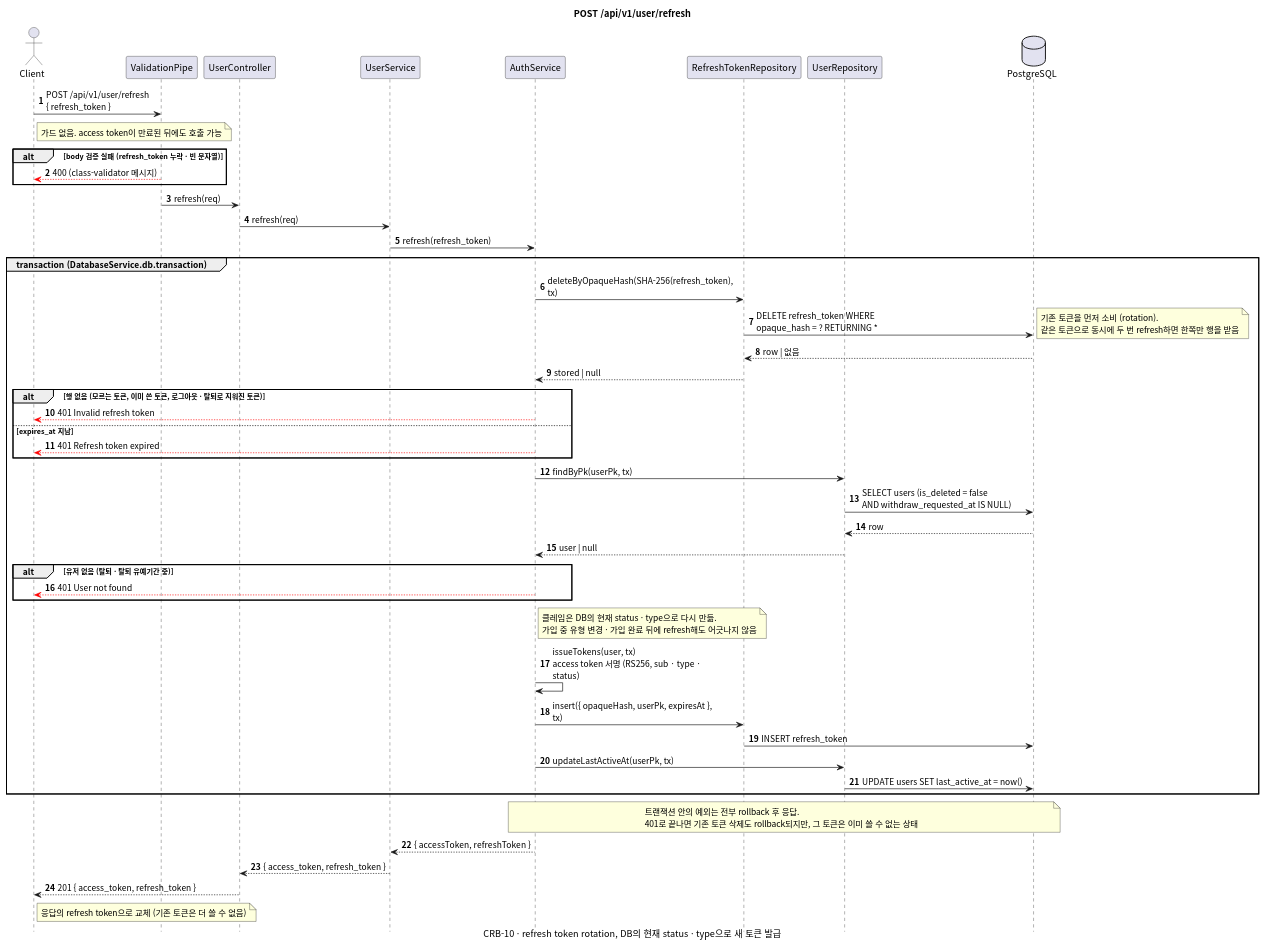
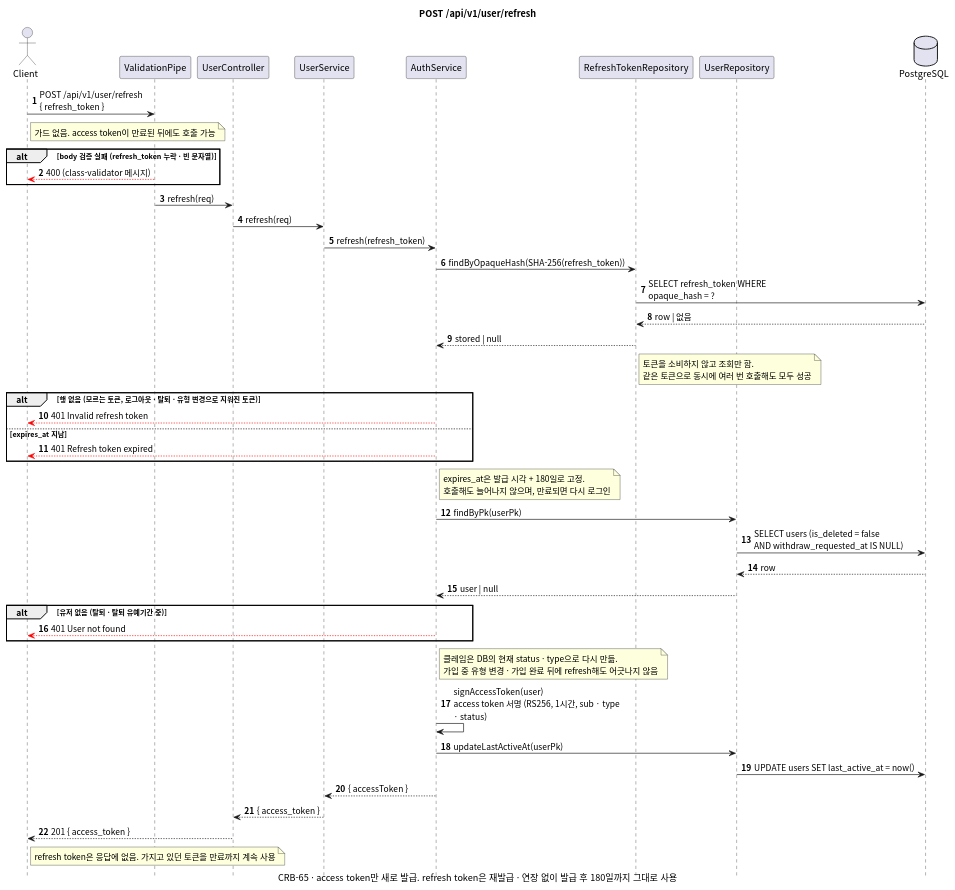
Before and after one commit to gsainfoteam/cheers-be: the diagram in docs/sequence/user/post-refresh.puml, drawn with PlantUML. The commit also changed 11 other files, not shown here.

Commit message:
- feat: keep refresh token fixed for 180 days without rotation (CRB-65)

```diff
--- a/docs/sequence/user/post-refresh.puml
+++ b/docs/sequence/user/post-refresh.puml
@@ -1,75 +1,71 @@
 @startuml post-refresh
 skinparam defaultFontName "Apple SD Gothic Neo", "Noto Sans CJK KR", sans-serif
 skinparam responseMessageBelowArrow true
 skinparam sequenceMessageAlign left
 skinparam maxMessageSize 260
 skinparam BoxPadding 8
 skinparam shadowing false
 autonumber
 hide footbox
 
 title POST /api/v1/user/refresh
-caption CRB-10 · refresh token rotation, DB의 현재 status · type으로 새 토큰 발급
+caption CRB-65 · access token만 새로 발급. refresh token은 재발급 · 연장 없이 발급 후 180일까지 그대로 사용
 
 actor Client
 participant "ValidationPipe" as Pipe
 participant "UserController" as Controller
 participant "UserService" as Service
 participant "AuthService" as AuthService
 participant "RefreshTokenRepository" as RefreshTokenRepository
 participant "UserRepository" as UserRepository
 database PostgreSQL
 
 Client -> Pipe: POST /api/v1/user/refresh\n{ refresh_token }
 note right of Client: 가드 없음. access token이 만료된 뒤에도 호출 가능
 alt body 검증 실패 (refresh_token 누락 · 빈 문자열)
   Pipe -[#red]-> Client: 400 (class-validator 메시지)
 end
 Pipe -> Controller: refresh(req)
 Controller -> Service: refresh(req)
 Service -> AuthService: refresh(refresh_token)
 
-group transaction (DatabaseService.db.transaction)
-  AuthService -> RefreshTokenRepository: deleteByOpaqueHash(SHA-256(refresh_token), tx)
-  RefreshTokenRepository -> PostgreSQL: DELETE refresh_token WHERE opaque_hash = ? RETURNING *
-  note right
-    기존 토큰을 먼저 소비 (rotation).
-    같은 토큰으로 동시에 두 번 refresh하면 한쪽만 행을 받음
-  end note
-  PostgreSQL --> RefreshTokenRepository: row | 없음
-  RefreshTokenRepository --> AuthService: stored | null
-  alt 행 없음 (모르는 토큰, 이미 쓴 토큰, 로그아웃 · 탈퇴로 지워진 토큰)
-    AuthService -[#red]-> Client: 401 Invalid refresh token
-  else expires_at 지남
-    AuthService -[#red]-> Client: 401 Refresh token expired
-  end
-
-  AuthService -> UserRepository: findByPk(userPk, tx)
-  UserRepository -> PostgreSQL: SELECT users (is_deleted = false\nAND withdraw_requested_at IS NULL)
-  PostgreSQL --> UserRepository: row
-  UserRepository --> AuthService: user | null
-  alt 유저 없음 (탈퇴 · 탈퇴 유예기간 중)
-    AuthService -[#red]-> Client: 401 User not found
-  end
-  note right of AuthService
-    클레임은 DB의 현재 status · type으로 다시 만듦.
-    가입 중 유형 변경 · 가입 완료 뒤에 refresh해도 어긋나지 않음
-  end note
-
-  AuthService -> AuthService: issueTokens(user, tx)\naccess token 서명 (RS256, sub · type · status)
-  AuthService -> RefreshTokenRepository: insert({ opaqueHash, userPk, expiresAt }, tx)
-  RefreshTokenRepository -> PostgreSQL: INSERT refresh_token
-  AuthService -> UserRepository: updateLastActiveAt(userPk, tx)
-  UserRepository -> PostgreSQL: UPDATE users SET last_active_at = now()
+AuthService -> RefreshTokenRepository: findByOpaqueHash(SHA-256(refresh_token))
+RefreshTokenRepository -> PostgreSQL: SELECT refresh_token WHERE opaque_hash = ?
+PostgreSQL --> RefreshTokenRepository: row | 없음
+RefreshTokenRepository --> AuthService: stored | null
+note right of RefreshTokenRepository
+  토큰을 소비하지 않고 조회만 함.
+  같은 토큰으로 동시에 여러 번 호출해도 모두 성공
+end note
+alt 행 없음 (모르는 토큰, 로그아웃 · 탈퇴 · 유형 변경으로 지워진 토큰)
+  AuthService -[#red]-> Client: 401 Invalid refresh token
+else expires_at 지남
+  AuthService -[#red]-> Client: 401 Refresh token expired
 end
-note over AuthService, PostgreSQL
-  트랜잭션 안의 예외는 전부 rollback 후 응답.
-  401로 끝나면 기존 토큰 삭제도 rollback되지만, 그 토큰은 이미 쓸 수 없는 상태
+note right of AuthService
+  expires_at은 발급 시각 + 180일로 고정.
+  호출해도 늘어나지 않으며, 만료되면 다시 로그인
 end note
 
-AuthService --> Service: { accessToken, refreshToken }
-Service --> Controller: { access_token, refresh_token }
-Controller --> Client: 201 { access_token, refresh_token }
-note right of Client: 응답의 refresh token으로 교체 (기존 토큰은 더 쓸 수 없음)
+AuthService -> UserRepository: findByPk(userPk)
+UserRepository -> PostgreSQL: SELECT users (is_deleted = false\nAND withdraw_requested_at IS NULL)
+PostgreSQL --> UserRepository: row
+UserRepository --> AuthService: user | null
+alt 유저 없음 (탈퇴 · 탈퇴 유예기간 중)
+  AuthService -[#red]-> Client: 401 User not found
+end
+note right of AuthService
+  클레임은 DB의 현재 status · type으로 다시 만듦.
+  가입 중 유형 변경 · 가입 완료 뒤에 refresh해도 어긋나지 않음
+end note
+
+AuthService -> AuthService: signAccessToken(user)\naccess token 서명 (RS256, 1시간, sub · type · status)
+AuthService -> UserRepository: updateLastActiveAt(userPk)
+UserRepository -> PostgreSQL: UPDATE users SET last_active_at = now()
+
+AuthService --> Service: { accessToken }
+Service --> Controller: { access_token }
+Controller --> Client: 201 { access_token }
+note right of Client: refresh token은 응답에 없음. 가지고 있던 토큰을 만료까지 계속 사용
 
 @enduml
```
